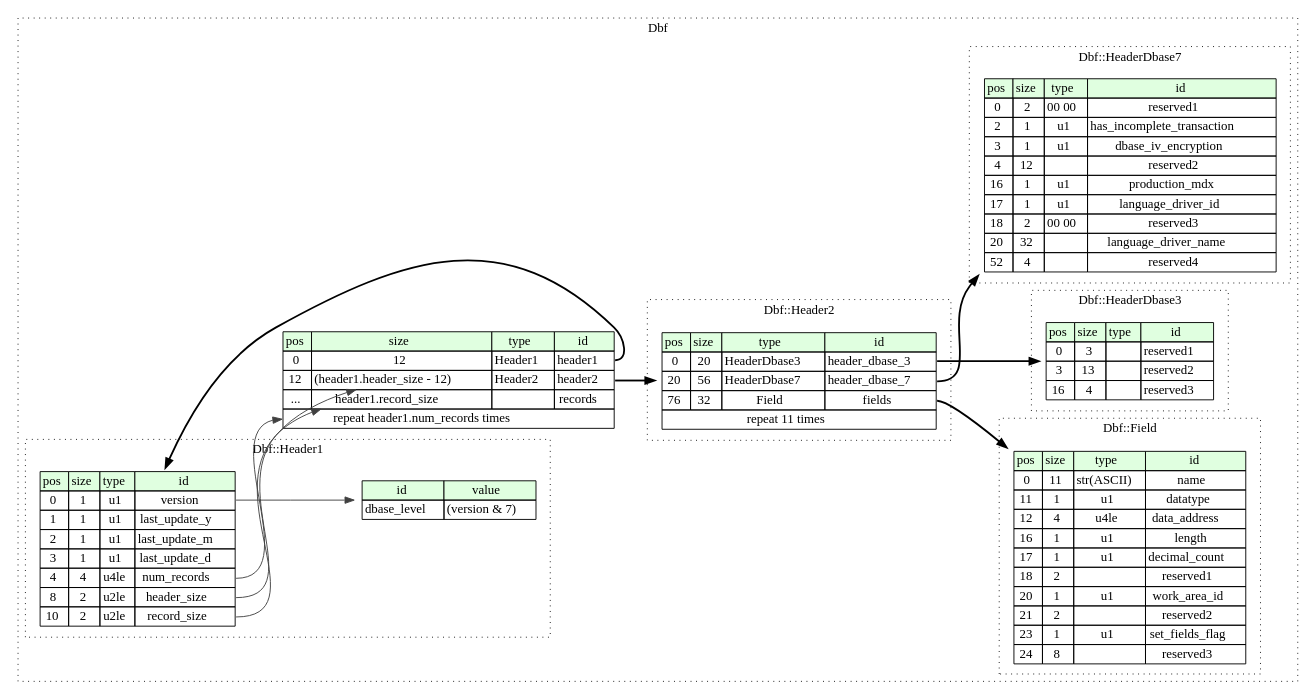
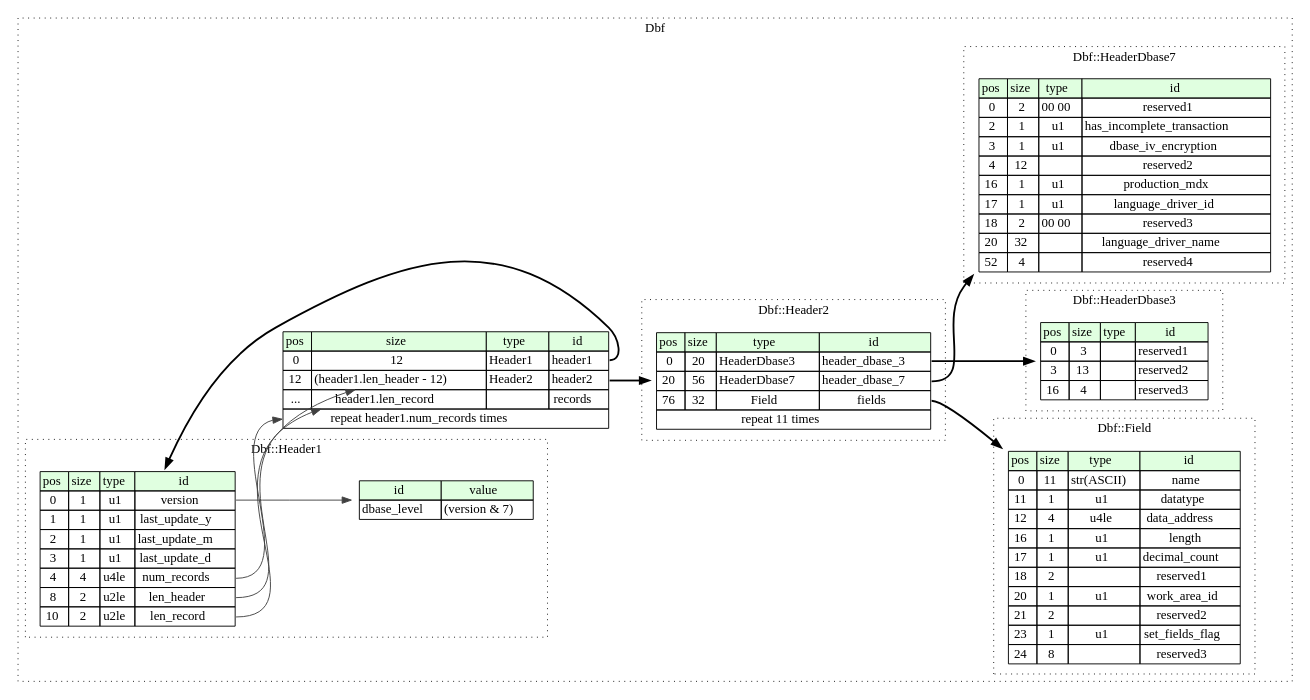
The diagram in dbf/src/graphviz/dbf.dot (kaitai-io/formats-kaitai-io.github.io), drawn with Graphviz before and after one commit. The commit also changed 29 other files, not shown here.

```diff
--- a/dbf/src/graphviz/dbf.dot
+++ b/dbf/src/graphviz/dbf.dot
@@ -1,102 +1,102 @@
 digraph {
 	rankdir=LR;
 	node [shape=plaintext];
 	subgraph cluster__dbf {
 		label="Dbf";
 		graph[style=dotted];
 
 		dbf__seq [label=<<TABLE BORDER="0" CELLBORDER="1" CELLSPACING="0">
 			<TR><TD BGCOLOR="#E0FFE0">pos</TD><TD BGCOLOR="#E0FFE0">size</TD><TD BGCOLOR="#E0FFE0">type</TD><TD BGCOLOR="#E0FFE0">id</TD></TR>
 			<TR><TD PORT="header1_pos">0</TD><TD PORT="header1_size">12</TD><TD>Header1</TD><TD PORT="header1_type">header1</TD></TR>
-			<TR><TD PORT="header2_pos">12</TD><TD PORT="header2_size">(header1.header_size - 12)</TD><TD>Header2</TD><TD PORT="header2_type">header2</TD></TR>
-			<TR><TD PORT="records_pos">...</TD><TD PORT="records_size">header1.record_size</TD><TD></TD><TD PORT="records_type">records</TD></TR>
+			<TR><TD PORT="header2_pos">12</TD><TD PORT="header2_size">(header1.len_header - 12)</TD><TD>Header2</TD><TD PORT="header2_type">header2</TD></TR>
+			<TR><TD PORT="records_pos">...</TD><TD PORT="records_size">header1.len_record</TD><TD></TD><TD PORT="records_type">records</TD></TR>
 			<TR><TD COLSPAN="4" PORT="records__repeat">repeat header1.num_records times</TD></TR>
 		</TABLE>>];
 		subgraph cluster__header2 {
 			label="Dbf::Header2";
 			graph[style=dotted];
 
 			header2__seq [label=<<TABLE BORDER="0" CELLBORDER="1" CELLSPACING="0">
 				<TR><TD BGCOLOR="#E0FFE0">pos</TD><TD BGCOLOR="#E0FFE0">size</TD><TD BGCOLOR="#E0FFE0">type</TD><TD BGCOLOR="#E0FFE0">id</TD></TR>
 				<TR><TD PORT="header_dbase_3_pos">0</TD><TD PORT="header_dbase_3_size">20</TD><TD>HeaderDbase3</TD><TD PORT="header_dbase_3_type">header_dbase_3</TD></TR>
 				<TR><TD PORT="header_dbase_7_pos">20</TD><TD PORT="header_dbase_7_size">56</TD><TD>HeaderDbase7</TD><TD PORT="header_dbase_7_type">header_dbase_7</TD></TR>
 				<TR><TD PORT="fields_pos">76</TD><TD PORT="fields_size">32</TD><TD>Field</TD><TD PORT="fields_type">fields</TD></TR>
 				<TR><TD COLSPAN="4" PORT="fields__repeat">repeat 11 times</TD></TR>
 			</TABLE>>];
 		}
 		subgraph cluster__field {
 			label="Dbf::Field";
 			graph[style=dotted];
 
 			field__seq [label=<<TABLE BORDER="0" CELLBORDER="1" CELLSPACING="0">
 				<TR><TD BGCOLOR="#E0FFE0">pos</TD><TD BGCOLOR="#E0FFE0">size</TD><TD BGCOLOR="#E0FFE0">type</TD><TD BGCOLOR="#E0FFE0">id</TD></TR>
 				<TR><TD PORT="name_pos">0</TD><TD PORT="name_size">11</TD><TD>str(ASCII)</TD><TD PORT="name_type">name</TD></TR>
 				<TR><TD PORT="datatype_pos">11</TD><TD PORT="datatype_size">1</TD><TD>u1</TD><TD PORT="datatype_type">datatype</TD></TR>
 				<TR><TD PORT="data_address_pos">12</TD><TD PORT="data_address_size">4</TD><TD>u4le</TD><TD PORT="data_address_type">data_address</TD></TR>
 				<TR><TD PORT="length_pos">16</TD><TD PORT="length_size">1</TD><TD>u1</TD><TD PORT="length_type">length</TD></TR>
 				<TR><TD PORT="decimal_count_pos">17</TD><TD PORT="decimal_count_size">1</TD><TD>u1</TD><TD PORT="decimal_count_type">decimal_count</TD></TR>
 				<TR><TD PORT="reserved1_pos">18</TD><TD PORT="reserved1_size">2</TD><TD></TD><TD PORT="reserved1_type">reserved1</TD></TR>
 				<TR><TD PORT="work_area_id_pos">20</TD><TD PORT="work_area_id_size">1</TD><TD>u1</TD><TD PORT="work_area_id_type">work_area_id</TD></TR>
 				<TR><TD PORT="reserved2_pos">21</TD><TD PORT="reserved2_size">2</TD><TD></TD><TD PORT="reserved2_type">reserved2</TD></TR>
 				<TR><TD PORT="set_fields_flag_pos">23</TD><TD PORT="set_fields_flag_size">1</TD><TD>u1</TD><TD PORT="set_fields_flag_type">set_fields_flag</TD></TR>
 				<TR><TD PORT="reserved3_pos">24</TD><TD PORT="reserved3_size">8</TD><TD></TD><TD PORT="reserved3_type">reserved3</TD></TR>
 			</TABLE>>];
 		}
 		subgraph cluster__header1 {
 			label="Dbf::Header1";
 			graph[style=dotted];
 
 			header1__seq [label=<<TABLE BORDER="0" CELLBORDER="1" CELLSPACING="0">
 				<TR><TD BGCOLOR="#E0FFE0">pos</TD><TD BGCOLOR="#E0FFE0">size</TD><TD BGCOLOR="#E0FFE0">type</TD><TD BGCOLOR="#E0FFE0">id</TD></TR>
 				<TR><TD PORT="version_pos">0</TD><TD PORT="version_size">1</TD><TD>u1</TD><TD PORT="version_type">version</TD></TR>
 				<TR><TD PORT="last_update_y_pos">1</TD><TD PORT="last_update_y_size">1</TD><TD>u1</TD><TD PORT="last_update_y_type">last_update_y</TD></TR>
 				<TR><TD PORT="last_update_m_pos">2</TD><TD PORT="last_update_m_size">1</TD><TD>u1</TD><TD PORT="last_update_m_type">last_update_m</TD></TR>
 				<TR><TD PORT="last_update_d_pos">3</TD><TD PORT="last_update_d_size">1</TD><TD>u1</TD><TD PORT="last_update_d_type">last_update_d</TD></TR>
 				<TR><TD PORT="num_records_pos">4</TD><TD PORT="num_records_size">4</TD><TD>u4le</TD><TD PORT="num_records_type">num_records</TD></TR>
-				<TR><TD PORT="header_size_pos">8</TD><TD PORT="header_size_size">2</TD><TD>u2le</TD><TD PORT="header_size_type">header_size</TD></TR>
-				<TR><TD PORT="record_size_pos">10</TD><TD PORT="record_size_size">2</TD><TD>u2le</TD><TD PORT="record_size_type">record_size</TD></TR>
+				<TR><TD PORT="len_header_pos">8</TD><TD PORT="len_header_size">2</TD><TD>u2le</TD><TD PORT="len_header_type">len_header</TD></TR>
+				<TR><TD PORT="len_record_pos">10</TD><TD PORT="len_record_size">2</TD><TD>u2le</TD><TD PORT="len_record_type">len_record</TD></TR>
 			</TABLE>>];
 			header1__inst__dbase_level [label=<<TABLE BORDER="0" CELLBORDER="1" CELLSPACING="0">
 				<TR><TD BGCOLOR="#E0FFE0">id</TD><TD BGCOLOR="#E0FFE0">value</TD></TR>
 				<TR><TD>dbase_level</TD><TD>(version &amp; 7)</TD></TR>
 			</TABLE>>];
 		}
 		subgraph cluster__header_dbase_3 {
 			label="Dbf::HeaderDbase3";
 			graph[style=dotted];
 
 			header_dbase_3__seq [label=<<TABLE BORDER="0" CELLBORDER="1" CELLSPACING="0">
 				<TR><TD BGCOLOR="#E0FFE0">pos</TD><TD BGCOLOR="#E0FFE0">size</TD><TD BGCOLOR="#E0FFE0">type</TD><TD BGCOLOR="#E0FFE0">id</TD></TR>
 				<TR><TD PORT="reserved1_pos">0</TD><TD PORT="reserved1_size">3</TD><TD></TD><TD PORT="reserved1_type">reserved1</TD></TR>
 				<TR><TD PORT="reserved2_pos">3</TD><TD PORT="reserved2_size">13</TD><TD></TD><TD PORT="reserved2_type">reserved2</TD></TR>
 				<TR><TD PORT="reserved3_pos">16</TD><TD PORT="reserved3_size">4</TD><TD></TD><TD PORT="reserved3_type">reserved3</TD></TR>
 			</TABLE>>];
 		}
 		subgraph cluster__header_dbase_7 {
 			label="Dbf::HeaderDbase7";
 			graph[style=dotted];
 
 			header_dbase_7__seq [label=<<TABLE BORDER="0" CELLBORDER="1" CELLSPACING="0">
 				<TR><TD BGCOLOR="#E0FFE0">pos</TD><TD BGCOLOR="#E0FFE0">size</TD><TD BGCOLOR="#E0FFE0">type</TD><TD BGCOLOR="#E0FFE0">id</TD></TR>
 				<TR><TD PORT="reserved1_pos">0</TD><TD PORT="reserved1_size">2</TD><TD>00 00</TD><TD PORT="reserved1_type">reserved1</TD></TR>
 				<TR><TD PORT="has_incomplete_transaction_pos">2</TD><TD PORT="has_incomplete_transaction_size">1</TD><TD>u1</TD><TD PORT="has_incomplete_transaction_type">has_incomplete_transaction</TD></TR>
 				<TR><TD PORT="dbase_iv_encryption_pos">3</TD><TD PORT="dbase_iv_encryption_size">1</TD><TD>u1</TD><TD PORT="dbase_iv_encryption_type">dbase_iv_encryption</TD></TR>
 				<TR><TD PORT="reserved2_pos">4</TD><TD PORT="reserved2_size">12</TD><TD></TD><TD PORT="reserved2_type">reserved2</TD></TR>
 				<TR><TD PORT="production_mdx_pos">16</TD><TD PORT="production_mdx_size">1</TD><TD>u1</TD><TD PORT="production_mdx_type">production_mdx</TD></TR>
 				<TR><TD PORT="language_driver_id_pos">17</TD><TD PORT="language_driver_id_size">1</TD><TD>u1</TD><TD PORT="language_driver_id_type">language_driver_id</TD></TR>
 				<TR><TD PORT="reserved3_pos">18</TD><TD PORT="reserved3_size">2</TD><TD>00 00</TD><TD PORT="reserved3_type">reserved3</TD></TR>
 				<TR><TD PORT="language_driver_name_pos">20</TD><TD PORT="language_driver_name_size">32</TD><TD></TD><TD PORT="language_driver_name_type">language_driver_name</TD></TR>
 				<TR><TD PORT="reserved4_pos">52</TD><TD PORT="reserved4_size">4</TD><TD></TD><TD PORT="reserved4_type">reserved4</TD></TR>
 			</TABLE>>];
 		}
 	}
 	dbf__seq:header1_type -> header1__seq [style=bold];
-	header1__seq:header_size_type -> dbf__seq:header2_size [color="#404040"];
+	header1__seq:len_header_type -> dbf__seq:header2_size [color="#404040"];
 	dbf__seq:header2_type -> header2__seq [style=bold];
-	header1__seq:record_size_type -> dbf__seq:records_size [color="#404040"];
+	header1__seq:len_record_type -> dbf__seq:records_size [color="#404040"];
 	header1__seq:num_records_type -> dbf__seq:records__repeat [color="#404040"];
 	header2__seq:header_dbase_3_type -> header_dbase_3__seq [style=bold];
 	header2__seq:header_dbase_7_type -> header_dbase_7__seq [style=bold];
 	header2__seq:fields_type -> field__seq [style=bold];
 	header1__seq:version_type -> header1__inst__dbase_level [color="#404040"];
 }
```
